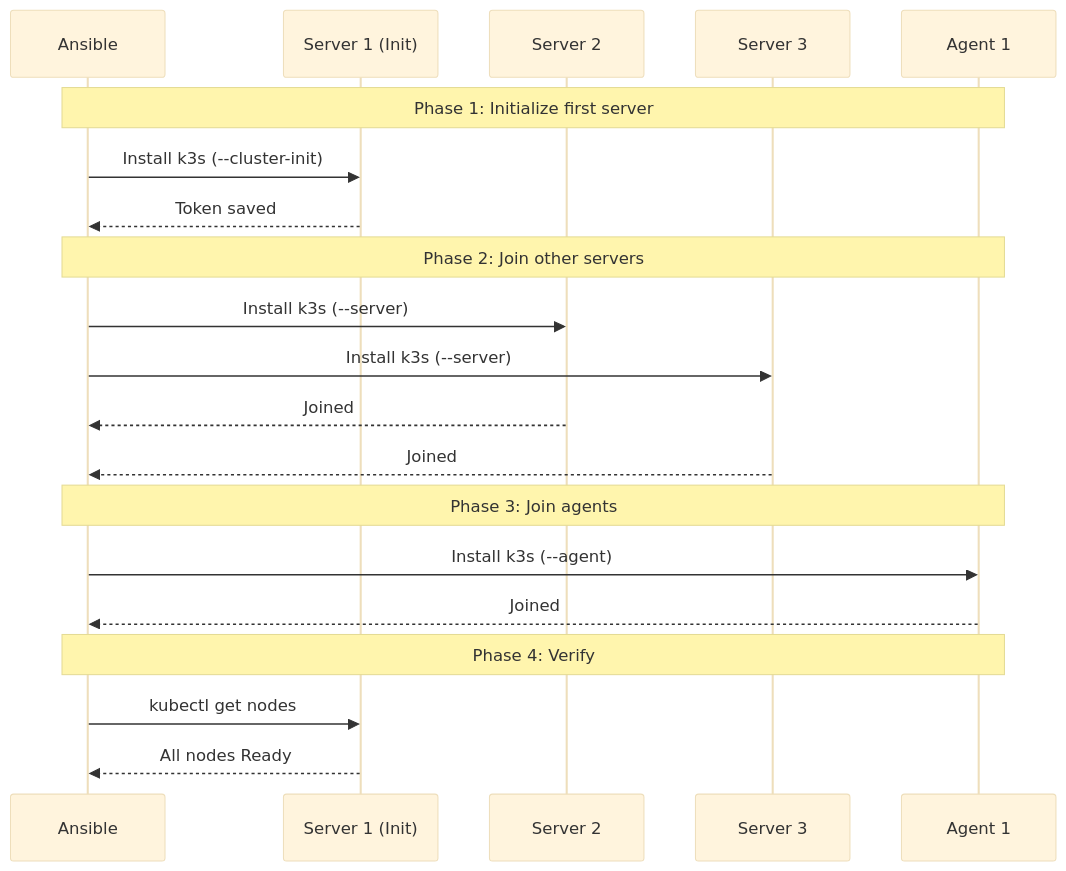
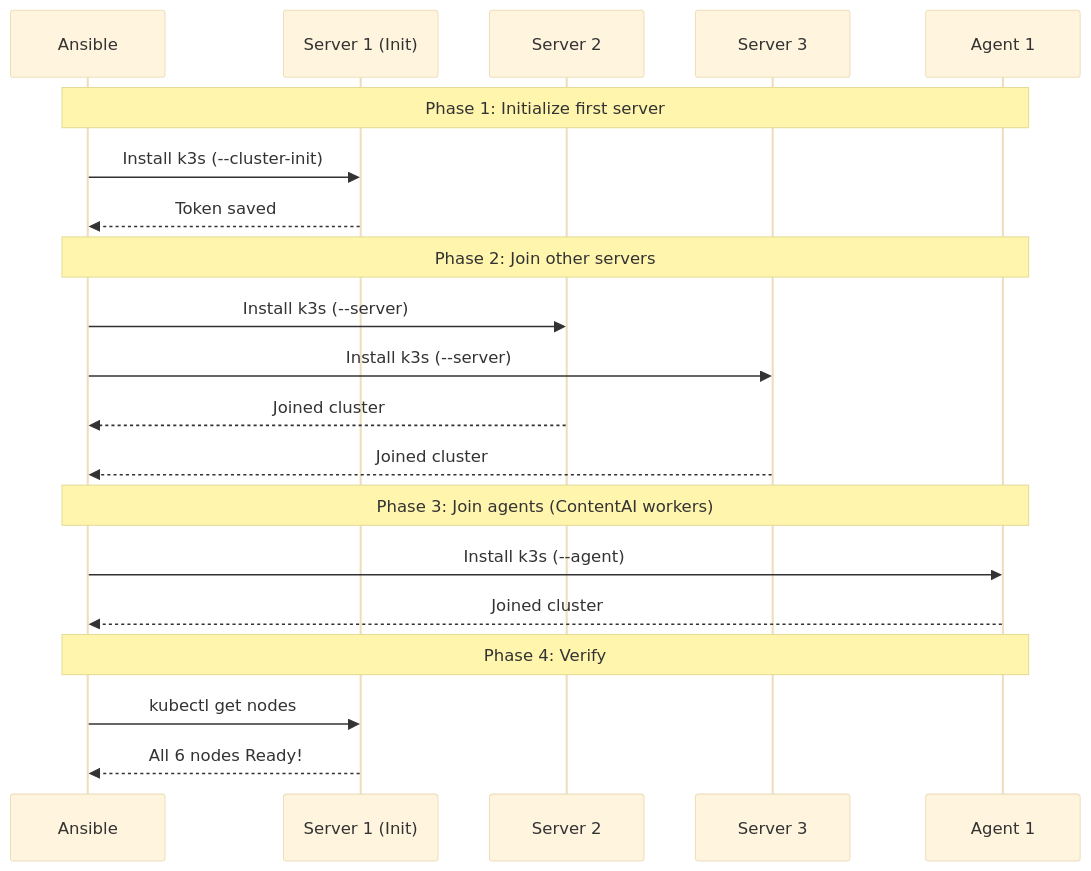
One commit to PearlThoughtsInternship/Internship-Obsidian-Vault changed the fourth of 5 diagrams in DevOps/02-Engineering/03-Configuration-Management.md. Above: the diagram before and after it, drawn with Mermaid (base theme). The commit also changed other lines of this file, not shown here.

First line of the commit message:
docs: Ansible configuration management with ContentAI product context

````diff
--- a/DevOps/02-Engineering/03-Configuration-Management.md
+++ b/DevOps/02-Engineering/03-Configuration-Management.md
@@ -304,26 +308,26 @@
 ```mermaid
 sequenceDiagram
     participant Ansible
     participant Server1 as Server 1 (Init)
     participant Server2 as Server 2
     participant Server3 as Server 3
     participant Agent1 as Agent 1
 
     Note over Ansible,Agent1: Phase 1: Initialize first server
     Ansible->>Server1: Install k3s (--cluster-init)
     Server1-->>Ansible: Token saved
 
     Note over Ansible,Agent1: Phase 2: Join other servers
     Ansible->>Server2: Install k3s (--server)
     Ansible->>Server3: Install k3s (--server)
-    Server2-->>Ansible: Joined
-    Server3-->>Ansible: Joined
+    Server2-->>Ansible: Joined cluster
+    Server3-->>Ansible: Joined cluster
 
-    Note over Ansible,Agent1: Phase 3: Join agents
+    Note over Ansible,Agent1: Phase 3: Join agents (ContentAI workers)
     Ansible->>Agent1: Install k3s (--agent)
-    Agent1-->>Ansible: Joined
+    Agent1-->>Ansible: Joined cluster
 
     Note over Ansible,Agent1: Phase 4: Verify
     Ansible->>Server1: kubectl get nodes
-    Server1-->>Ansible: All nodes Ready
+    Server1-->>Ansible: All 6 nodes Ready!
 ```
````
